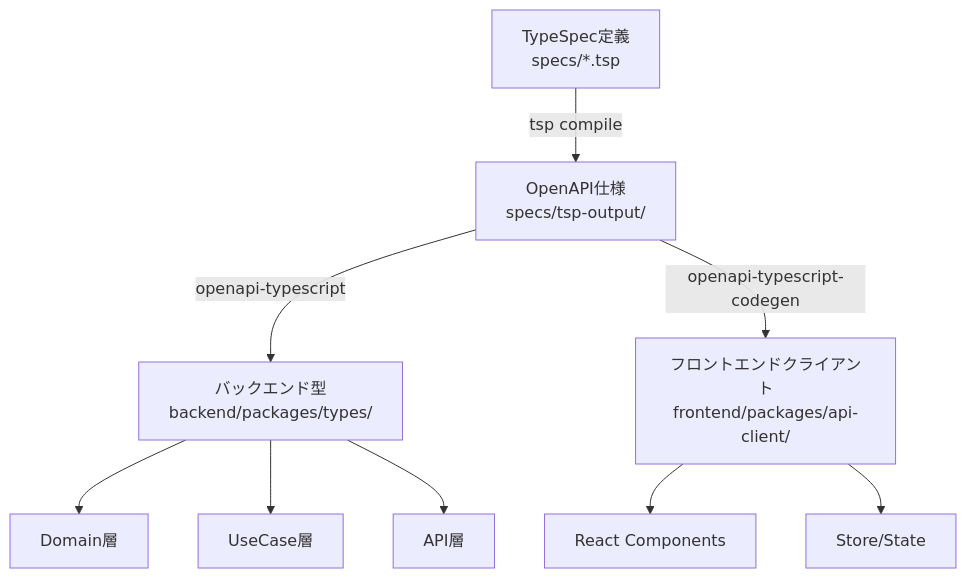
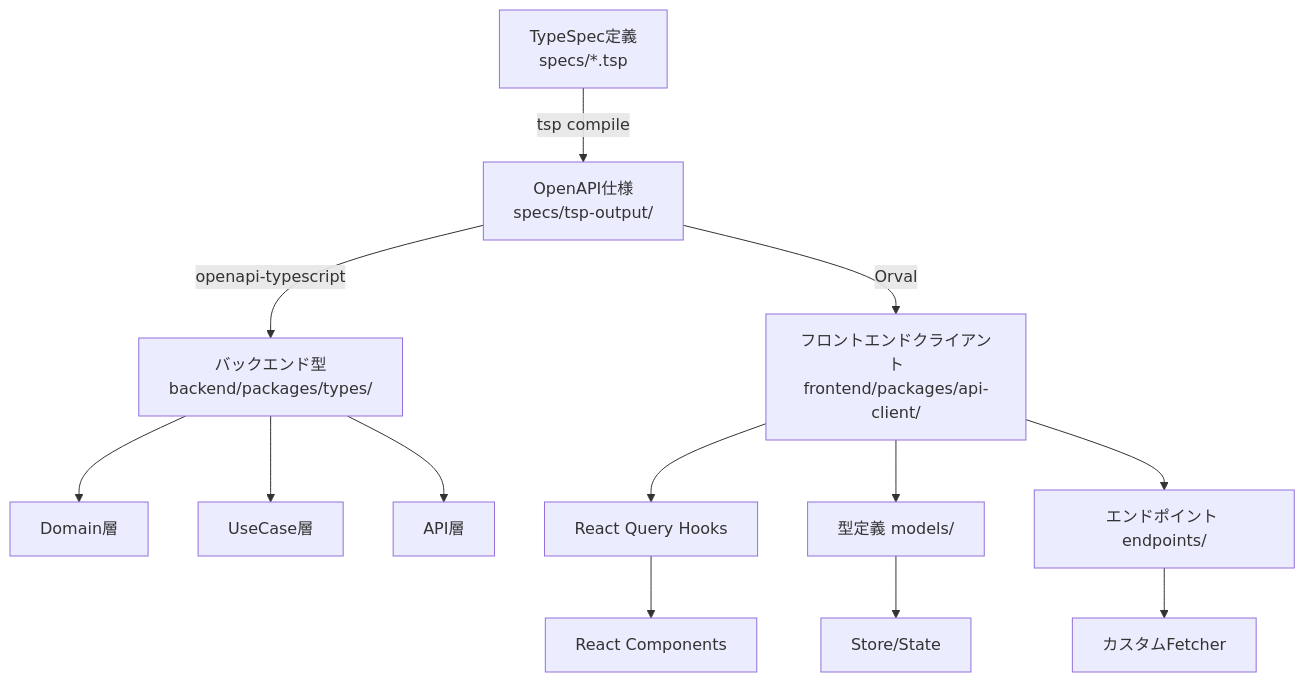
The diagram in docs/type-generation-system.md (Higashi-Kota/typescript-backend-api-first-lesson), drawn with Mermaid before and after one commit. The commit also changed other lines of this file and 9 other files, not shown here.

````diff
--- a/docs/type-generation-system.md
+++ b/docs/type-generation-system.md
@@ -11,13 +11,18 @@
 ```mermaid
 graph TD
     A[TypeSpec定義<br/>specs/*.tsp] -->|tsp compile| B[OpenAPI仕様<br/>specs/tsp-output/]
     B -->|openapi-typescript| C[バックエンド型<br/>backend/packages/types/]
-    B -->|openapi-typescript-codegen| D[フロントエンドクライアント<br/>frontend/packages/api-client/]
+    B -->|Orval| D[フロントエンドクライアント<br/>frontend/packages/api-client/]
     
     C --> E[Domain層]
     C --> F[UseCase層]
     C --> G[API層]
     
-    D --> H[React Components]
-    D --> I[Store/State]
+    D --> H[React Query Hooks]
+    D --> I[型定義 models/]
+    D --> J[エンドポイント endpoints/]
+    
+    H --> K[React Components]
+    I --> L[Store/State]
+    J --> M[カスタムFetcher]
 ```
````
